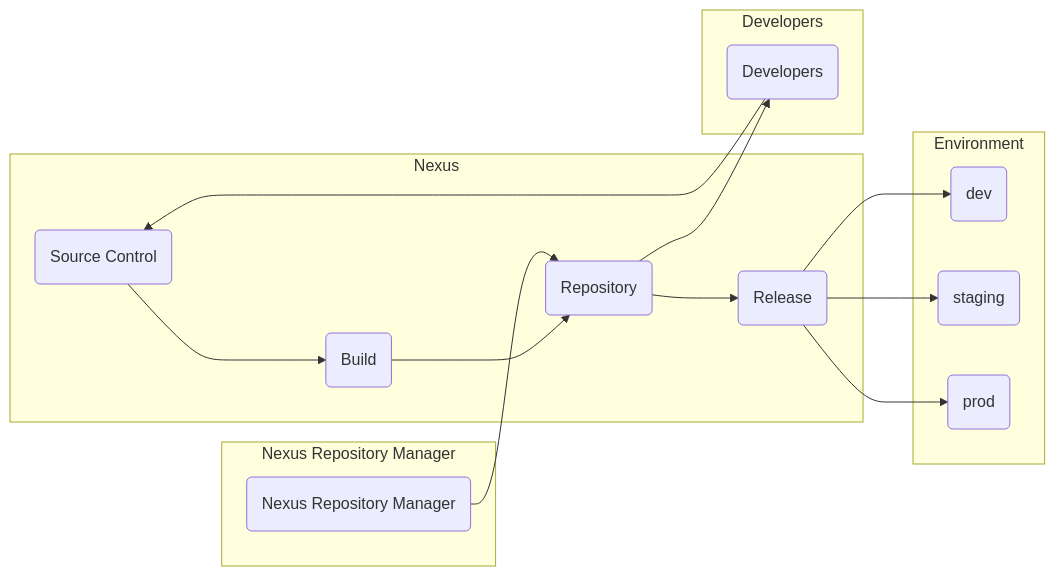
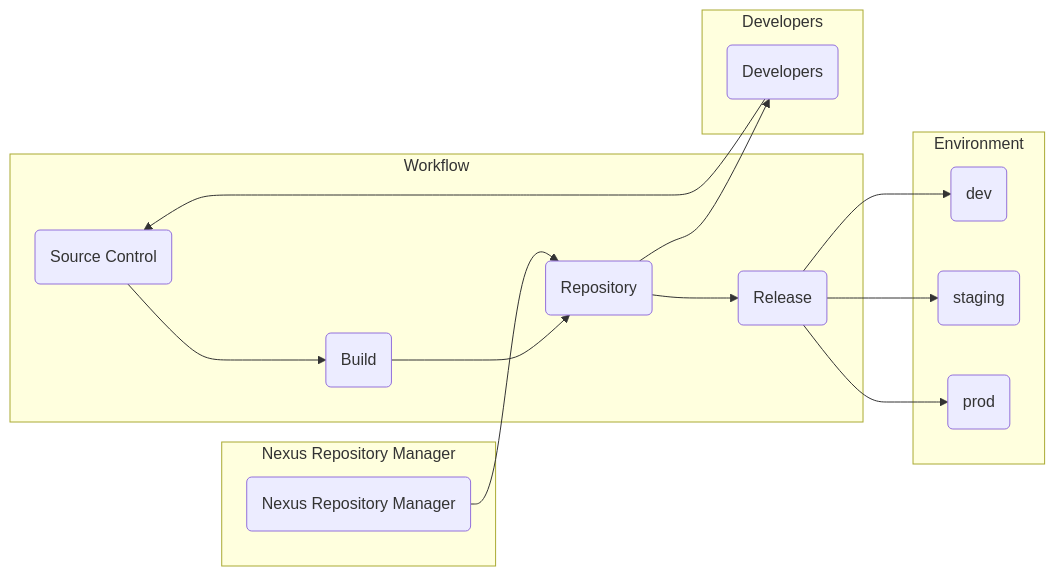
Before and after one commit to anoncam/big-bang: the diagram in docs/understanding-bigbang/package-architecture/nexus/Architecture.md, drawn with Mermaid. The commit also changed other lines of this file, not shown here.

````diff
--- a/docs/understanding-bigbang/package-architecture/nexus/Architecture.md
+++ b/docs/understanding-bigbang/package-architecture/nexus/Architecture.md
@@ -9,21 +9,21 @@
 ```mermaid
 graph LR
-  subgraph "Nexus"
+  subgraph "Workflow"
     sourcecontrol("Source Control") --> build("Build") --> repository1("Repository") --> release("Release")
   end
 
   subgraph "Nexus Repository Manager"
     nexusrepositorymanager("Nexus Repository Manager") --> repository1("Repository")
   end
 
   subgraph "Environment"
     release("Release") --> stage1(dev)
     release("Release") --> stage2(staging)
     release("Release") --> stage3(prod)
   end
 
   subgraph "Developers"
     developers("Developers") --> sourcecontrol("Source Control")
     repository1(Repository) --> developers("Developers")
   end
 ```
````
